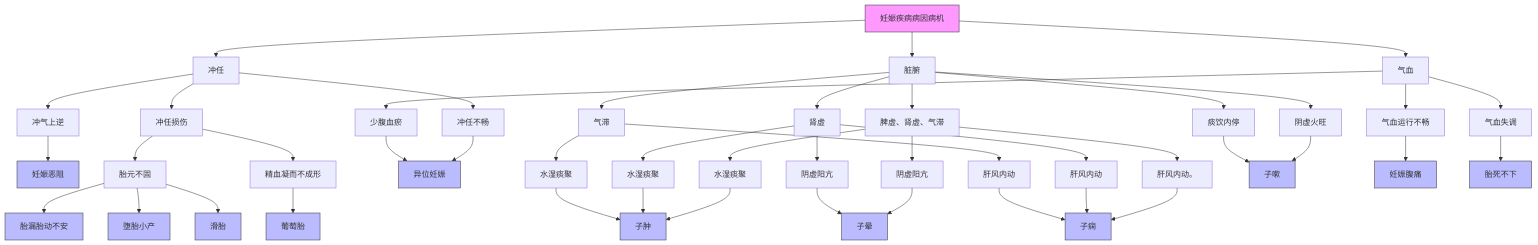
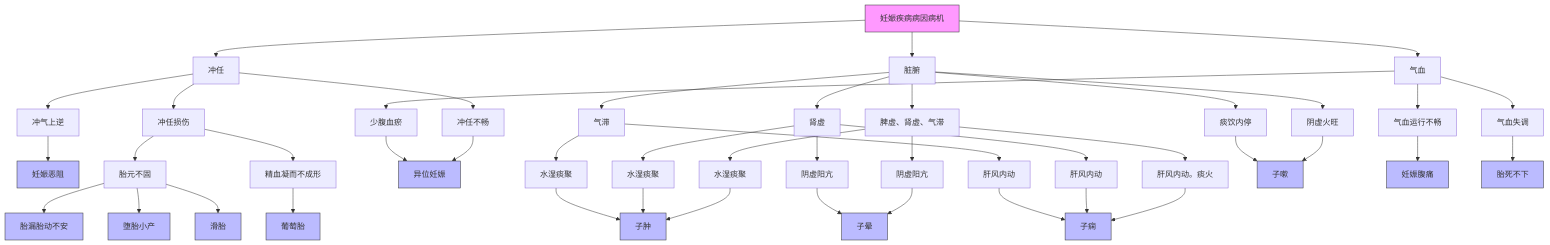
The diagram in all/未命名.md (lili23755/iodraw-files), drawn with Mermaid before and after one commit.

Commit message:
2025-04-04 11:03:25 update

````diff
--- a/all/未命名.md
+++ b/all/未命名.md
@@ -1,41 +1,41 @@
 ```mermaid
 flowchart TD
     A[妊娠疾病病因病机] --> B[冲任]
     A --> C[脏腑]
     A --> D[气血]
     
     B --> B1[冲气上逆] --> 妊娠恶阻
     B --> B2[冲任损伤] --> B2a[胎元不固] -->胎漏胎动不安 & 堕胎小产 & 滑胎
     B2[冲任损伤] --> B2b[精血凝而不成形] -->葡萄胎 
     B --> B3[冲任不畅] --> 异位妊娠
     
     C --> C1[脾虚、肾虚、气滞] --> C1a[水湿痰聚] --> 子肿
-    C1 --> C1b[肝风内动。] --> 子痫
+    C1 --> C1b[肝风内动。痰火] --> 子痫
     C1 --> C1c[阴虚阳亢] --> 子晕
     C --> C2[肾虚] --> C2a[水湿痰聚] --> 子肿
     C2 --> C2b[肝风内动] --> 子痫
     C2 --> C2c[阴虚阳亢] --> 子晕
     C --> C3[气滞] --> C3a[水湿痰聚] --> 子肿
     C3 --> C3b[肝风内动] --> 子痫
     C --> C4[阴虚火旺] --> 子嗽
     C --> C5[痰饮内停] --> 子嗽
     
     D --> D1[气血运行不畅] --> 妊娠腹痛
     D --> D2[气血失调] --> 胎死不下
     D --> D3[少腹血瘀] --> 异位妊娠
 
     style A fill:#f9f,stroke:#333
     style 妊娠恶阻 fill:#bbf,stroke:#333
     style 堕胎小产 fill:#bbf,stroke:#333
     style 滑胎 fill:#bbf,stroke:#333
     style 异位妊娠 fill:#bbf,stroke:#333
     style 子肿 fill:#bbf,stroke:#333
     style 子痫 fill:#bbf,stroke:#333
     style 胎漏胎动不安 fill:#bbf,stroke:#333
     style 胎死不下 fill:#bbf,stroke:#333
     style 妊娠腹痛 fill:#bbf,stroke:#333
     style 葡萄胎 fill:#bbf,stroke:#333
     style 子晕 fill:#bbf,stroke:#333
     style 子嗽 fill:#bbf,stroke:#333
 	  
 ```
````
